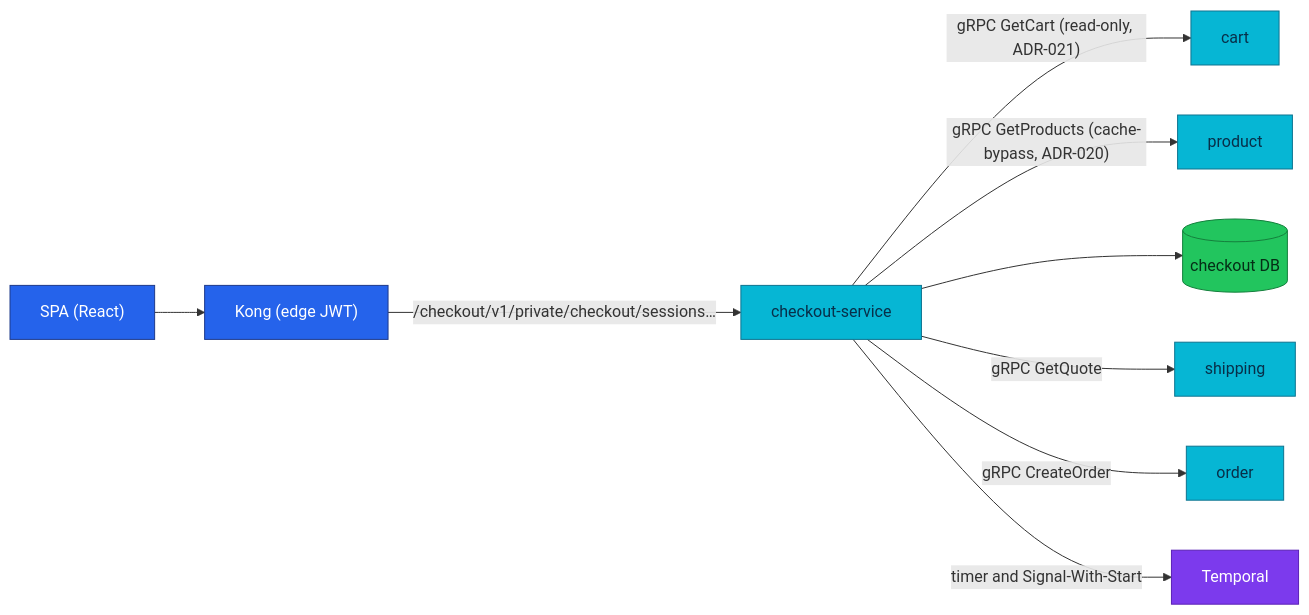
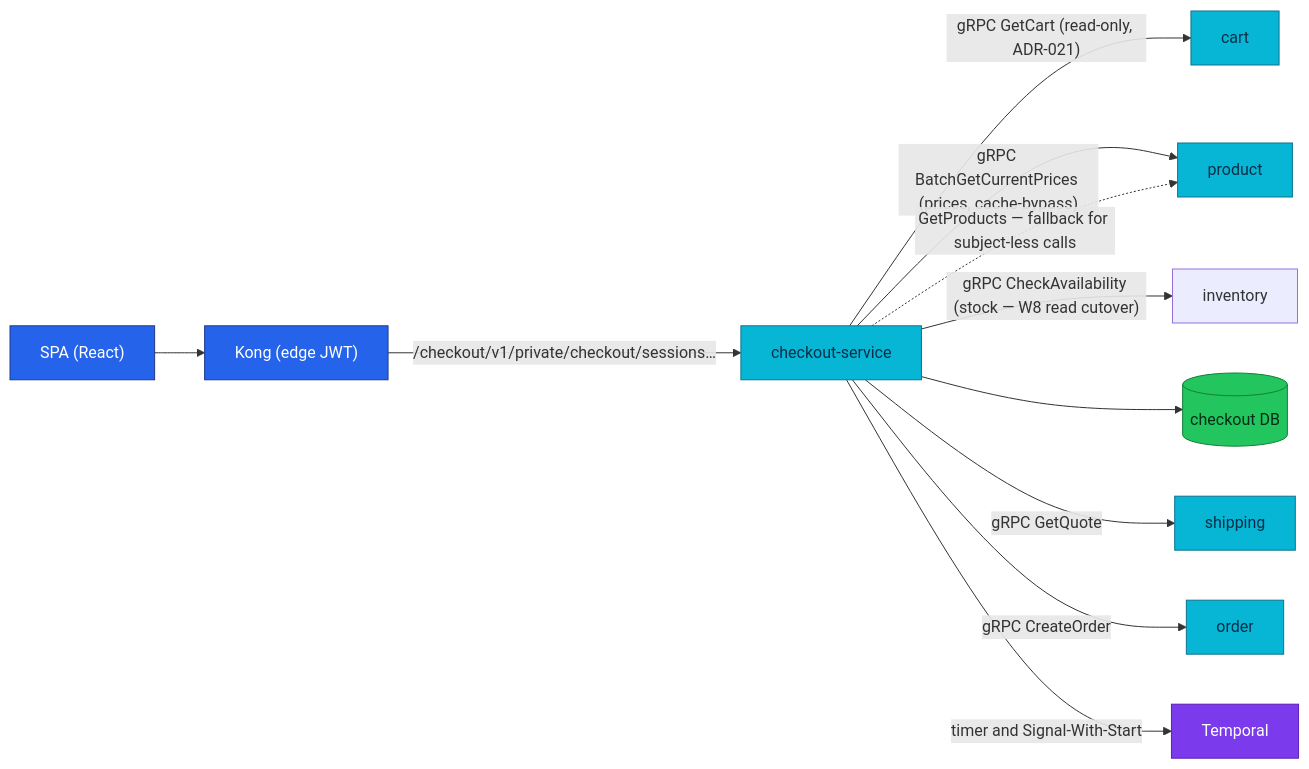
The first of 2 diagrams in docs/api/checkout.md (duynhlab/homelab), drawn with Mermaid before and after one commit. The commit also changed other lines of this file and 5 other files, not shown here.

````diff
--- a/docs/api/checkout.md
+++ b/docs/api/checkout.md
@@ -58,20 +58,22 @@
 ```mermaid
 flowchart LR
     SPA["SPA (React)"] --> Kong["Kong (edge JWT)"]
     Kong -->|"/checkout/v1/private/checkout/sessions…"| CK["checkout-service"]
     CK -->|"gRPC GetCart (read-only, ADR-021)"| CART[cart]
-    CK -->|"gRPC GetProducts (cache-bypass, ADR-020)"| PROD[product]
+    CK -->|"gRPC BatchGetCurrentPrices (prices, cache-bypass)"| PROD[product]
+    CK -->|"gRPC CheckAvailability (stock — W8 read cutover)"| INV[inventory]
+    CK -.->|"GetProducts — fallback for subject-less calls"| PROD
     CK --> DB[(checkout DB)]
     CK -->|"gRPC GetQuote"| SHIP[shipping]
     CK -->|"gRPC CreateOrder"| ORD[order]
     CK -->|"timer and Signal-With-Start"| TMP[Temporal]
 
     classDef edge fill:#2563eb,color:#fff,stroke:#1e3a8a;
     classDef service fill:#06b6d4,color:#082f49,stroke:#0e7490;
     classDef platform fill:#7c3aed,color:#fff,stroke:#5b21b6;
     classDef data fill:#22c55e,color:#052e16,stroke:#15803d;
     class SPA,Kong edge;
     class CK,CART,PROD,SHIP,ORD service;
     class TMP platform;
     class DB data;
 ```
````
